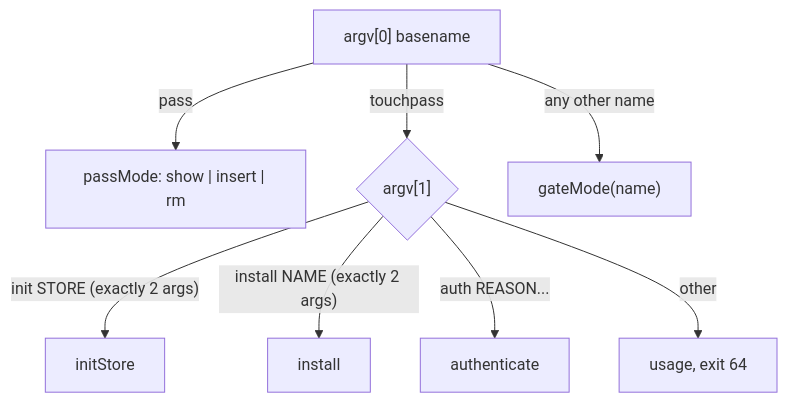
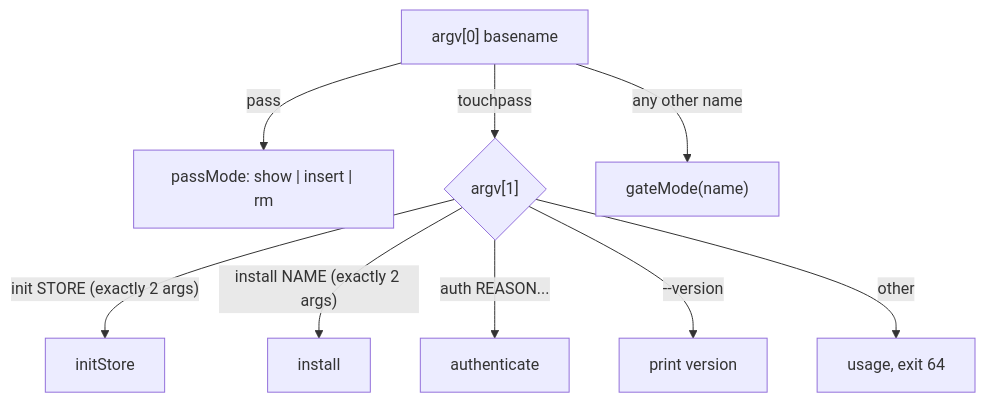
The second of 4 diagrams in docs/ARCHITECTURE.md (saefty/touchid-gate), drawn with Mermaid before and after one commit. The commit also changed other lines of this file and 4 other files, not shown here.

````diff
--- a/docs/ARCHITECTURE.md
+++ b/docs/ARCHITECTURE.md
@@ -47,10 +47,11 @@
 ```mermaid
 flowchart TD
   A["argv[0] basename"] -->|pass| P["passMode: show | insert | rm"]
   A -->|touchpass| T{"argv[1]"}
   T -->|"init STORE (exactly 2 args)"| I[initStore]
   T -->|"install NAME (exactly 2 args)"| N[install]
   T -->|"auth REASON..."| U[authenticate]
+  T -->|"--version"| V[print version]
   T -->|other| X["usage, exit 64"]
   A -->|"any other name"| G["gateMode(name)"]
 ```
````
